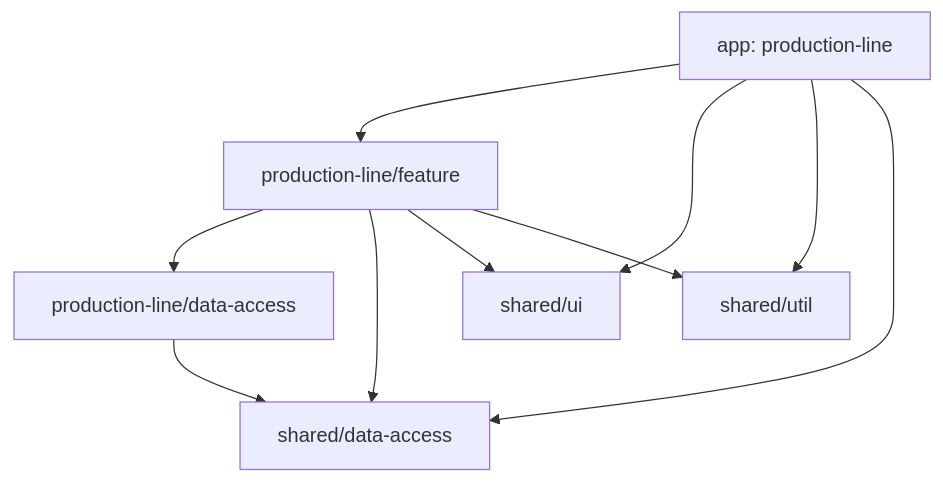
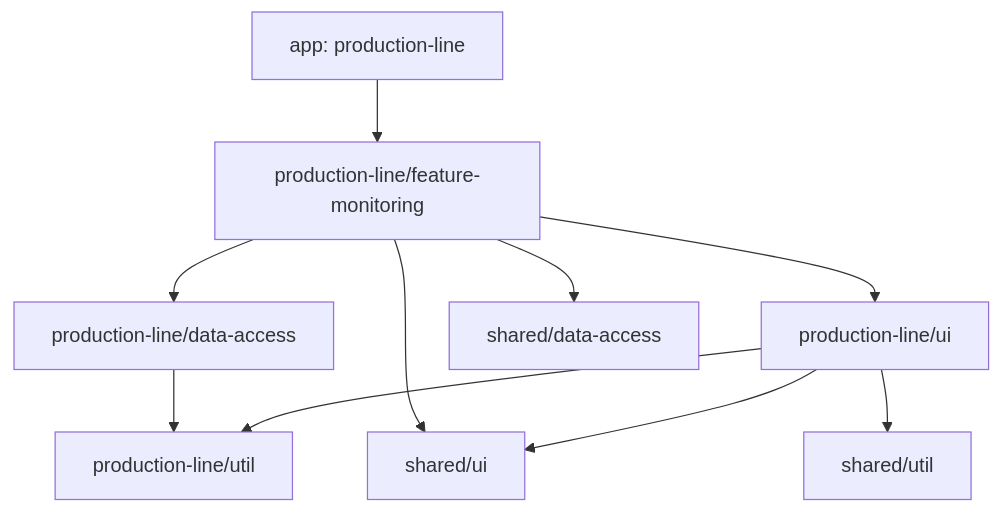
One commit to Evincars/angular-entry-test changed the diagram in README.md. Above: the diagram before and after it, drawn with Mermaid. The commit also changed other lines of this file, not shown here.

````diff
--- a/README.md
+++ b/README.md
@@ -51,12 +59,12 @@
 ```mermaid
 graph TD
-  app[app: production-line] --> feature[production-line/feature]
-  app --> sharedUi[shared/ui]
-  app --> sharedUtil[shared/util]
-  app --> sharedDa[shared/data-access]
+  app[app: production-line] --> feature[production-line/feature-monitoring]
   feature --> lineDa[production-line/data-access]
-  feature --> sharedDa
-  feature --> sharedUi
-  feature --> sharedUtil
-  lineDa --> sharedDa
+  feature --> lineUi[production-line/ui]
+  feature --> sharedDa[shared/data-access]
+  feature --> sharedUi[shared/ui]
+  lineDa --> lineUtil[production-line/util]
+  lineUi --> lineUtil
+  lineUi --> sharedUi
+  lineUi --> sharedUtil[shared/util]
 ```
````
